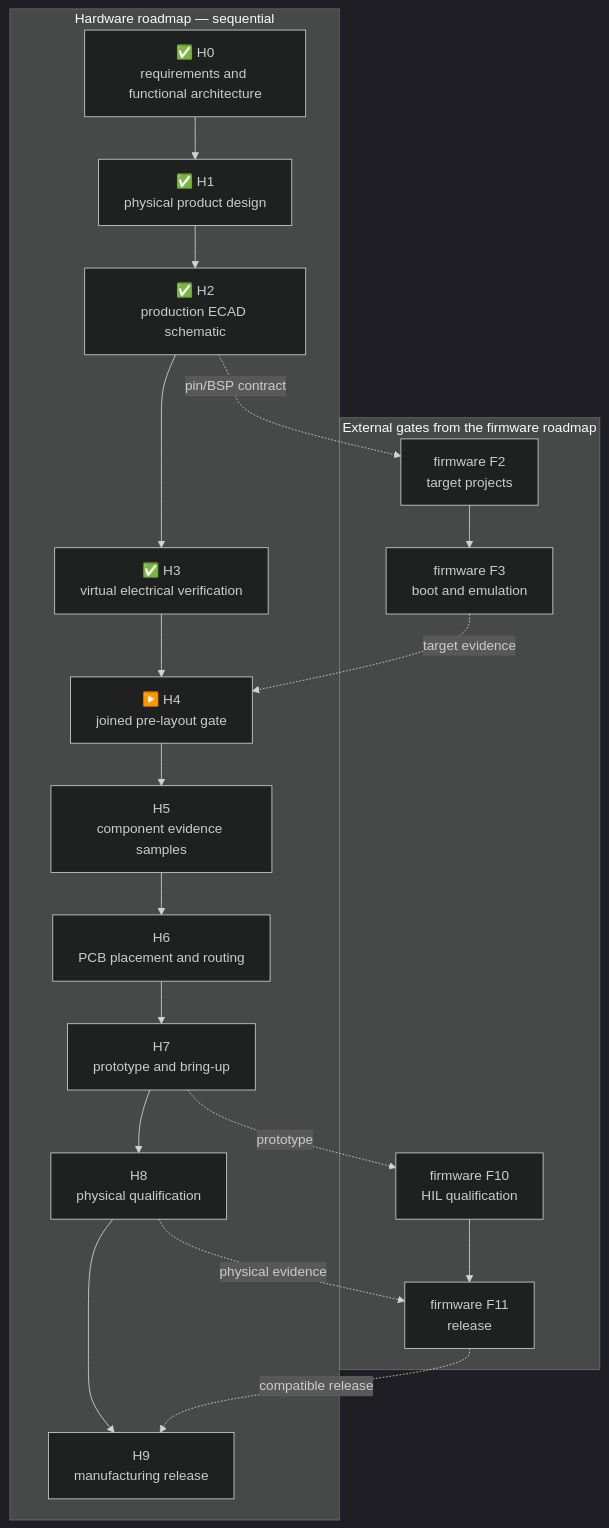
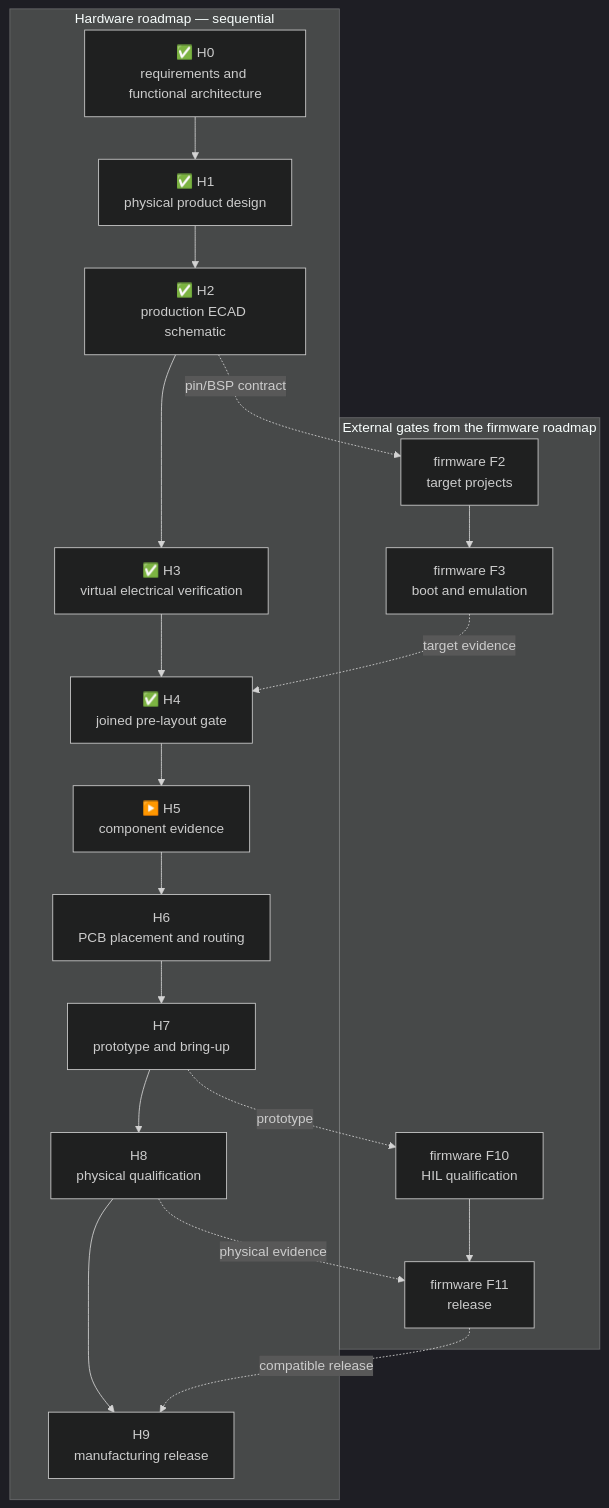
One commit to anton-vinogradov/esp32-leshy2 changed the diagram in docs/roadmap.md. Above: the diagram before and after it, drawn with Mermaid (dark theme). The commit also changed other lines of this file and 99 other files, not shown here.

Commit message:
Review joined H4 pre-layout gate

````diff
--- a/docs/roadmap.md
+++ b/docs/roadmap.md
@@ -291,31 +295,31 @@
 ```mermaid
 flowchart TD
   subgraph HW["Hardware roadmap — sequential"]
     H0["✅ H0<br/>requirements and functional architecture"]
     H1["✅ H1<br/>physical product design"]
     H2["✅ H2<br/>production ECAD schematic"]
     H3["✅ H3<br/>virtual electrical verification"]
-    H4["▶️ H4<br/>joined pre-layout gate"]
-    H5["H5<br/>component evidence samples"]
+    H4["✅ H4<br/>joined pre-layout gate"]
+    H5["▶️ H5<br/>component evidence"]
     H6["H6<br/>PCB placement and routing"]
     H7["H7<br/>prototype and bring-up"]
     H8["H8<br/>physical qualification"]
     H9["H9<br/>manufacturing release"]
     H0 --> H1 --> H2 --> H3 --> H4 --> H5 --> H6 --> H7 --> H8 --> H9
   end
 
   subgraph FW["External gates from the firmware roadmap"]
     F2["firmware F2<br/>target projects"]
     F3["firmware F3<br/>boot and emulation"]
     F10["firmware F10<br/>HIL qualification"]
     F11["firmware F11<br/>release"]
     F2 --> F3
     F10 --> F11
   end
 
   H2 -. "pin/BSP contract" .-> F2
   F3 -. "target evidence" .-> H4
   H7 -. "prototype" .-> F10
   H8 -. "physical evidence" .-> F11
   F11 -. "compatible release" .-> H9
 ```
````
